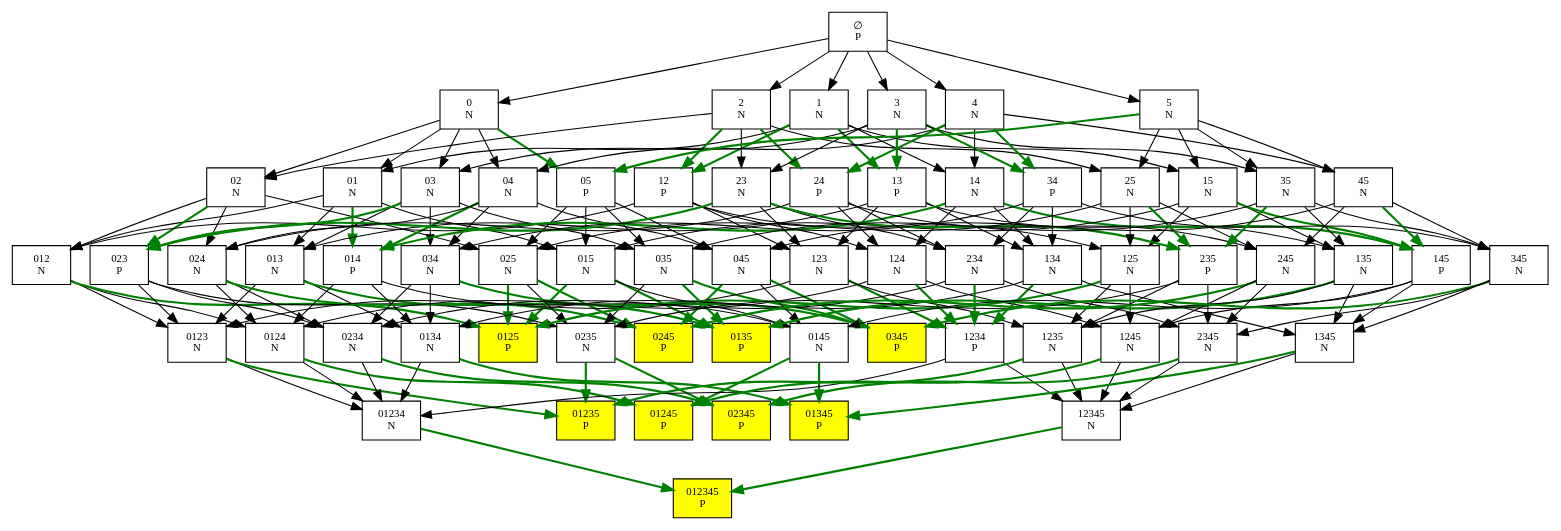
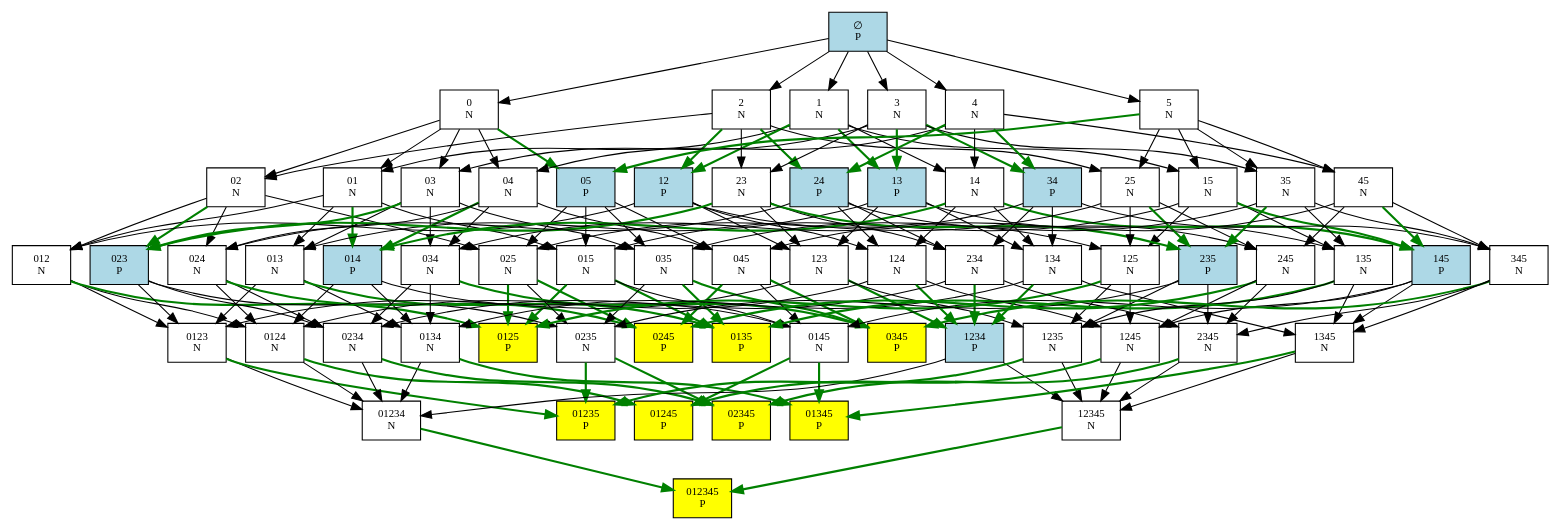
One commit to AdirAli/sparse-ruler-n-p-position changed the diagram in game_tree/decision_tree_012345.dot. Above: the diagram before and after it, drawn with Graphviz. The commit also changed 19 other files, not shown here.

```diff
--- a/game_tree/decision_tree_012345.dot
+++ b/game_tree/decision_tree_012345.dot
@@ -1,7 +1,7 @@
 digraph G {
   rankdir=TB;
   node [shape=box, fontsize=10];
-  n0 [label="∅\nP"];
+  n0 [label="∅\nP", style=filled, fillcolor=lightblue];
   n1 [label="0\nN"];
   n2 [label="01\nN"];
   n3 [label="012\nN"];
@@ -16,11 +16,11 @@
   n12 [label="0134\nN"];
   n13 [label="01345\nP", style=filled, fillcolor=yellow];
   n14 [label="0135\nP", style=filled, fillcolor=yellow];
-  n15 [label="014\nP"];
+  n15 [label="014\nP", style=filled, fillcolor=lightblue];
   n16 [label="0145\nN"];
   n17 [label="015\nN"];
   n18 [label="02\nN"];
-  n19 [label="023\nP"];
+  n19 [label="023\nP", style=filled, fillcolor=lightblue];
   n20 [label="0234\nN"];
   n21 [label="02345\nP", style=filled, fillcolor=yellow];
   n22 [label="0235\nN"];
@@ -33,33 +33,33 @@
   n29 [label="035\nN"];
   n30 [label="04\nN"];
   n31 [label="045\nN"];
-  n32 [label="05\nP"];
+  n32 [label="05\nP", style=filled, fillcolor=lightblue];
   n33 [label="1\nN"];
-  n34 [label="12\nP"];
+  n34 [label="12\nP", style=filled, fillcolor=lightblue];
   n35 [label="123\nN"];
-  n36 [label="1234\nP"];
+  n36 [label="1234\nP", style=filled, fillcolor=lightblue];
   n37 [label="12345\nN"];
   n38 [label="1235\nN"];
   n39 [label="124\nN"];
   n40 [label="1245\nN"];
   n41 [label="125\nN"];
-  n42 [label="13\nP"];
+  n42 [label="13\nP", style=filled, fillcolor=lightblue];
   n43 [label="134\nN"];
   n44 [label="1345\nN"];
   n45 [label="135\nN"];
   n46 [label="14\nN"];
-  n47 [label="145\nP"];
+  n47 [label="145\nP", style=filled, fillcolor=lightblue];
   n48 [label="15\nN"];
   n49 [label="2\nN"];
   n50 [label="23\nN"];
   n51 [label="234\nN"];
   n52 [label="2345\nN"];
-  n53 [label="235\nP"];
-  n54 [label="24\nP"];
+  n53 [label="235\nP", style=filled, fillcolor=lightblue];
+  n54 [label="24\nP", style=filled, fillcolor=lightblue];
   n55 [label="245\nN"];
   n56 [label="25\nN"];
   n57 [label="3\nN"];
-  n58 [label="34\nP"];
+  n58 [label="34\nP", style=filled, fillcolor=lightblue];
   n59 [label="345\nN"];
   n60 [label="35\nN"];
   n61 [label="4\nN"];
```
